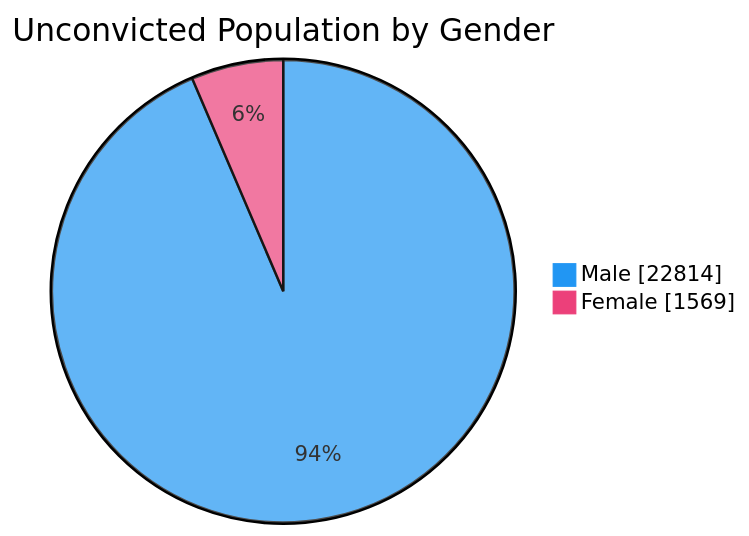
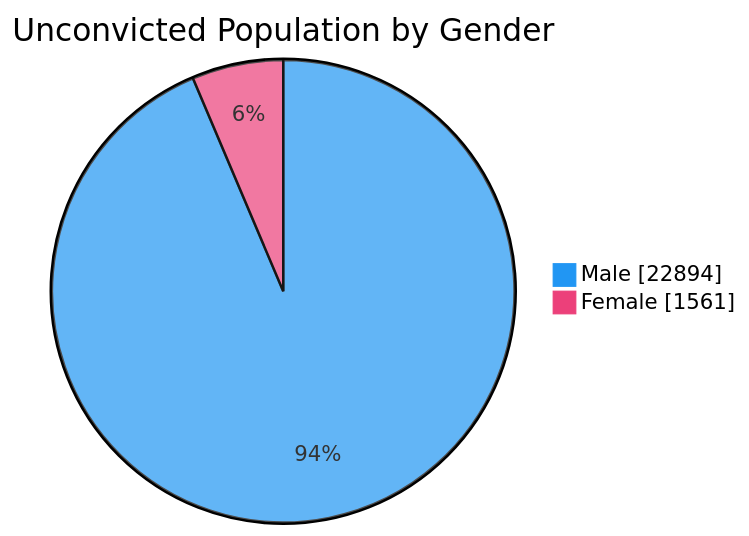
Before and after one commit to nuuuwan/lk_prisons: the fourth of 7 diagrams in README.md, drawn with Mermaid. The commit also changed other lines of this file and 1 other file, not shown here.

````diff
--- a/README.md
+++ b/README.md
@@ -76,6 +76,6 @@
 ```mermaid
 %%{init: {'themeVariables': {'pie1': '#2196F3', 'pie2': '#EC407A'}}}%%
 pie showData title Unconvicted Population by Gender
-    "Male" : 22814
-    "Female" : 1569
+    "Male" : 22894
+    "Female" : 1561
 ```
````
